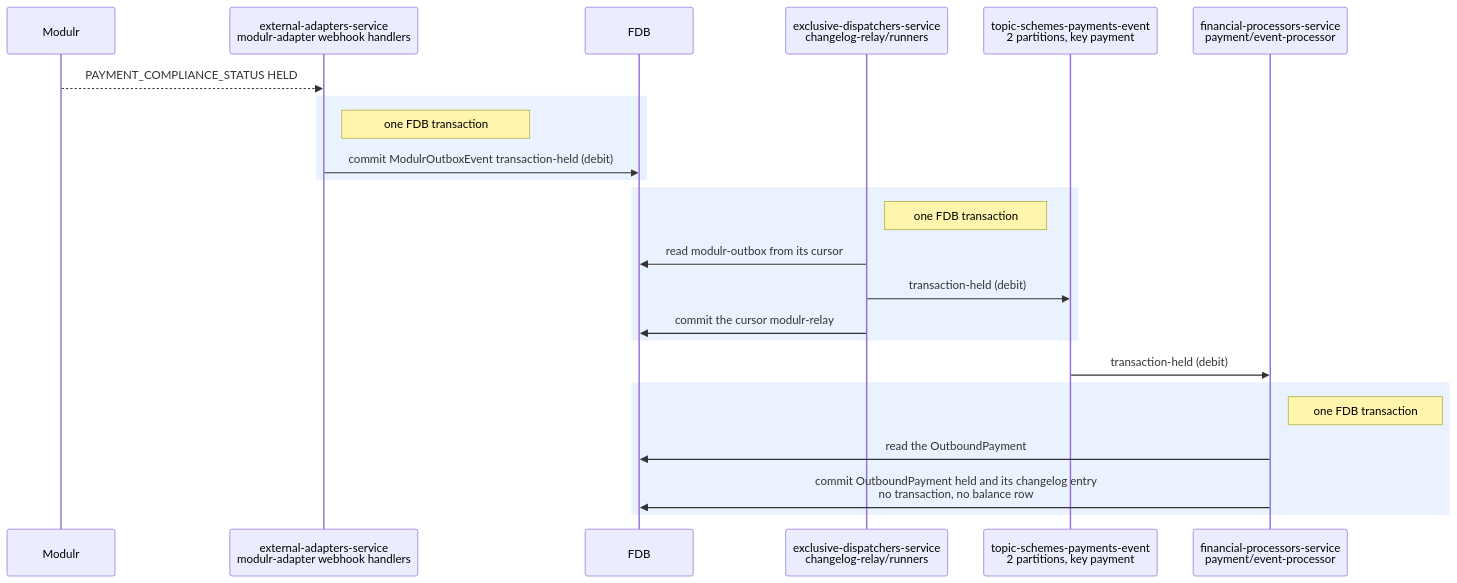
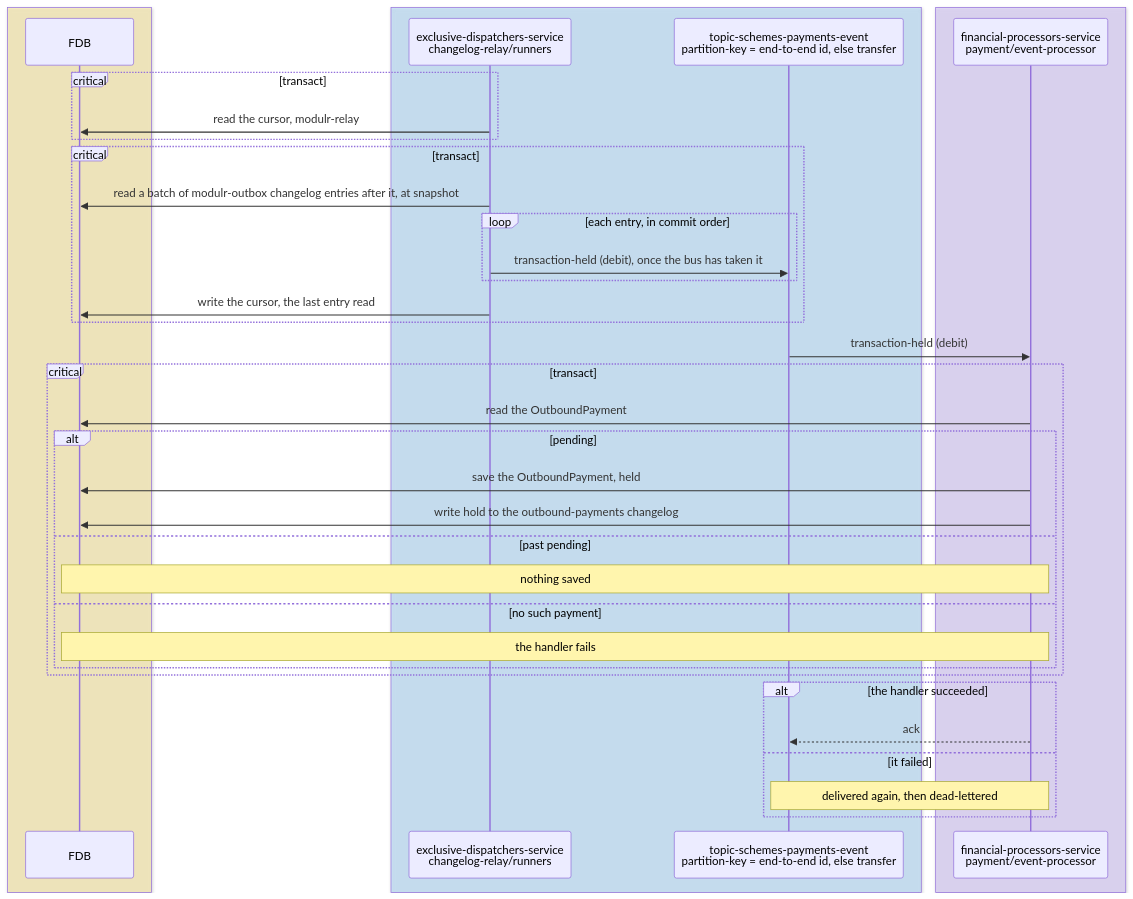
Diagram 13 of 15 in docs/tdd/payments-outbound.md (repldriven/queenswood), drawn with Mermaid before and after one commit. The commit also changed other lines of this file and 2 other files, not shown here.

Commit message:
Draw outbound and inbound payments to the internal diagrams' conventions

````diff
--- a/docs/tdd/payments-outbound.md
+++ b/docs/tdd/payments-outbound.md
@@ -250,26 +689,40 @@
 ```mermaid
 sequenceDiagram
-    participant PR as Modulr
-    participant WH as external-adapters-service<br/>modulr-adapter webhook handlers
+    box rgba(255, 236, 153, 0.5)
     participant DB as FDB
+    end
+    box rgba(165, 216, 255, 0.45)
     participant OR as exclusive-dispatchers-service<br/>changelog-relay/runners
-    participant SE as topic-schemes-payments-event<br/>2 partitions, key payment
+    participant SE as topic-schemes-payments-event<br/>partition-key = end-to-end id, else transfer
+    end
+    box rgba(208, 191, 255, 0.45)
     participant PE as financial-processors-service<br/>payment/event-processor
-    PR-->>WH: PAYMENT_COMPLIANCE_STATUS HELD
-    rect rgb(235, 242, 255)
-    Note right of WH: one FDB transaction
-    WH->>DB: commit ModulrOutboxEvent transaction-held (debit)
     end
-    rect rgb(235, 242, 255)
-    Note right of OR: one FDB transaction
-    OR->>DB: read modulr-outbox from its cursor
-    OR->>SE: transaction-held (debit)
-    OR->>DB: commit the cursor modulr-relay
+    critical transact
+    OR->>DB: read the cursor, modulr-relay
+    end
+    critical transact
+    OR->>DB: read a batch of modulr-outbox changelog entries after it, at snapshot
+    loop each entry, in commit order
+    OR->>SE: transaction-held (debit), once the bus has taken it
+    end
+    OR->>DB: write the cursor, the last entry read
     end
     SE->>PE: transaction-held (debit)
-    rect rgb(235, 242, 255)
-    Note right of PE: one FDB transaction
+    critical transact
     PE->>DB: read the OutboundPayment
-    PE->>DB: commit OutboundPayment held and its changelog entry<br/>no transaction, no balance row
+    alt pending
+    PE->>DB: save the OutboundPayment, held
+    PE->>DB: write hold to the outbound-payments changelog
+    else past pending
+    Note over PE,DB: nothing saved
+    else no such payment
+    Note over PE,DB: the handler fails
+    end
+    end
+    alt the handler succeeded
+    PE-->>SE: ack
+    else it failed
+    Note over PE,SE: delivered again, then dead-lettered
     end
 ```
````
